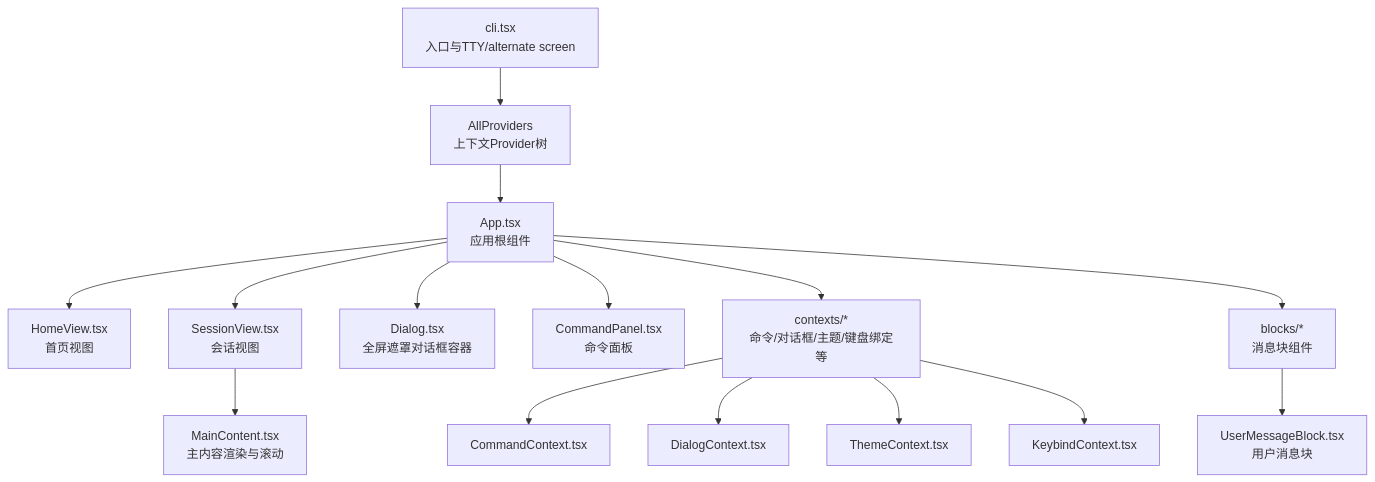
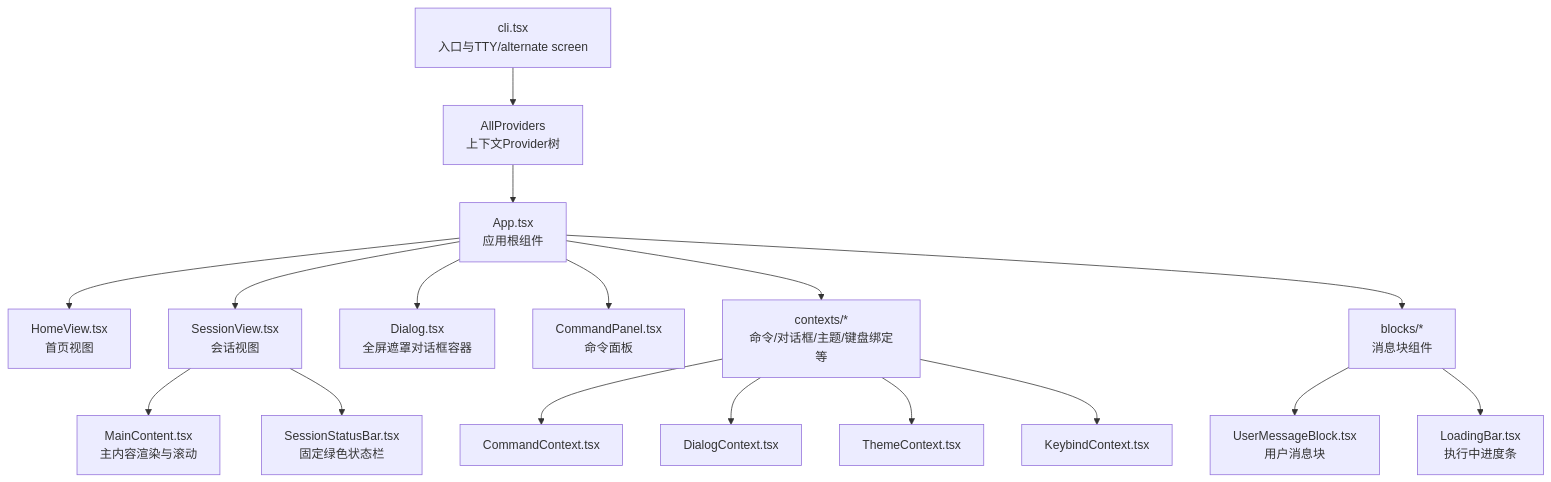
Before and after one commit to iammm0/secbot: the first of 15 diagrams in .qoder/repowiki/zh/content/用户界面/命令行界面 (Terminal UI)/命令行界面 (Terminal UI).md, drawn with Mermaid. The commit also changed other lines of this file and 10 other files, not shown here.

````diff
--- a/.qoder/repowiki/zh/content/用户界面/命令行界面 (Terminal UI)/命令行界面 (Terminal UI).md
+++ b/.qoder/repowiki/zh/content/用户界面/命令行界面 (Terminal UI)/命令行界面 (Terminal UI).md
@@ -63,17 +68,19 @@
 ```mermaid
 graph TB
 CLI["cli.tsx<br/>入口与TTY/alternate screen"] --> Providers["AllProviders<br/>上下文Provider树"]
 Providers --> App["App.tsx<br/>应用根组件"]
 App --> HomeView["HomeView.tsx<br/>首页视图"]
 App --> SessionView["SessionView.tsx<br/>会话视图"]
 App --> Dialog["Dialog.tsx<br/>全屏遮罩对话框容器"]
 App --> CommandPanel["CommandPanel.tsx<br/>命令面板"]
 App --> Contexts["contexts/*<br/>命令/对话框/主题/键盘绑定等"]
 App --> Blocks["blocks/*<br/>消息块组件"]
 SessionView --> MainContent["MainContent.tsx<br/>主内容渲染与滚动"]
+SessionView --> SessionStatusBar["SessionStatusBar.tsx<br/>固定绿色状态栏"]
 Contexts --> CommandContext["CommandContext.tsx"]
 Contexts --> DialogContext["DialogContext.tsx"]
 Contexts --> ThemeContext["ThemeContext.tsx"]
 Contexts --> KeybindContext["KeybindContext.tsx"]
 Blocks --> UserMessageBlock["UserMessageBlock.tsx<br/>用户消息块"]
+Blocks --> LoadingBar["LoadingBar.tsx<br/>执行中进度条"]
 ```
````
